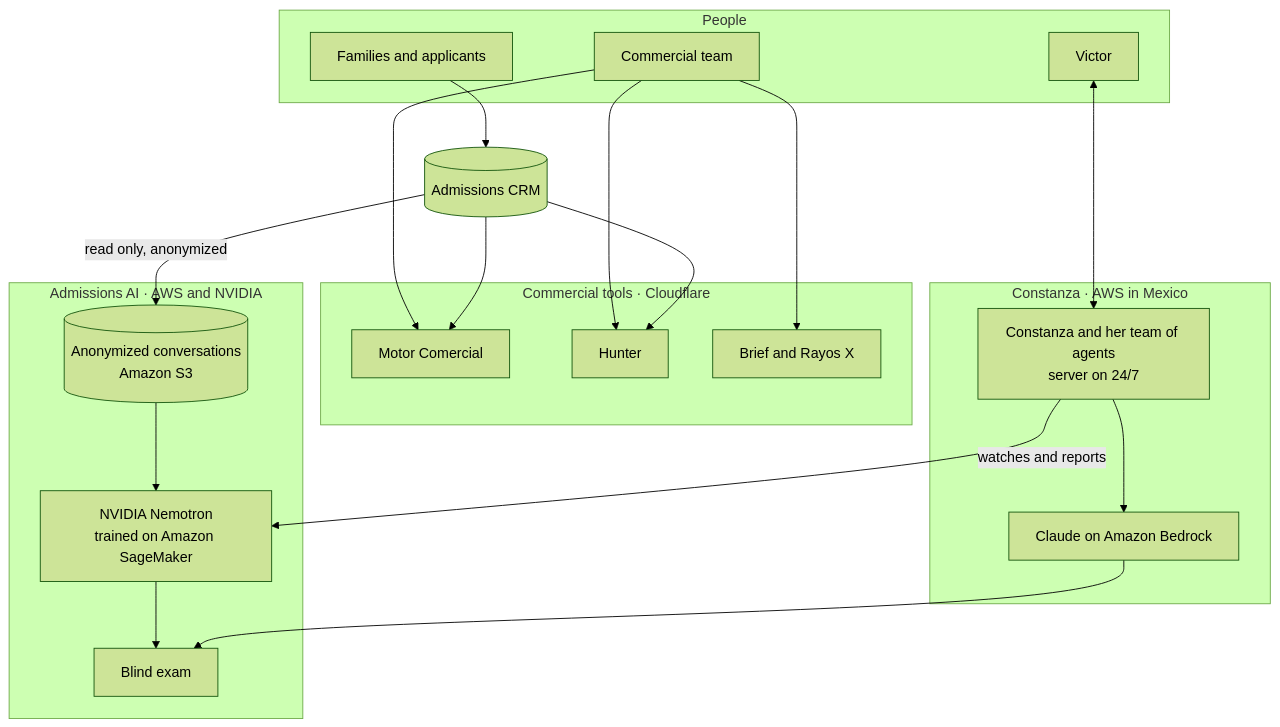
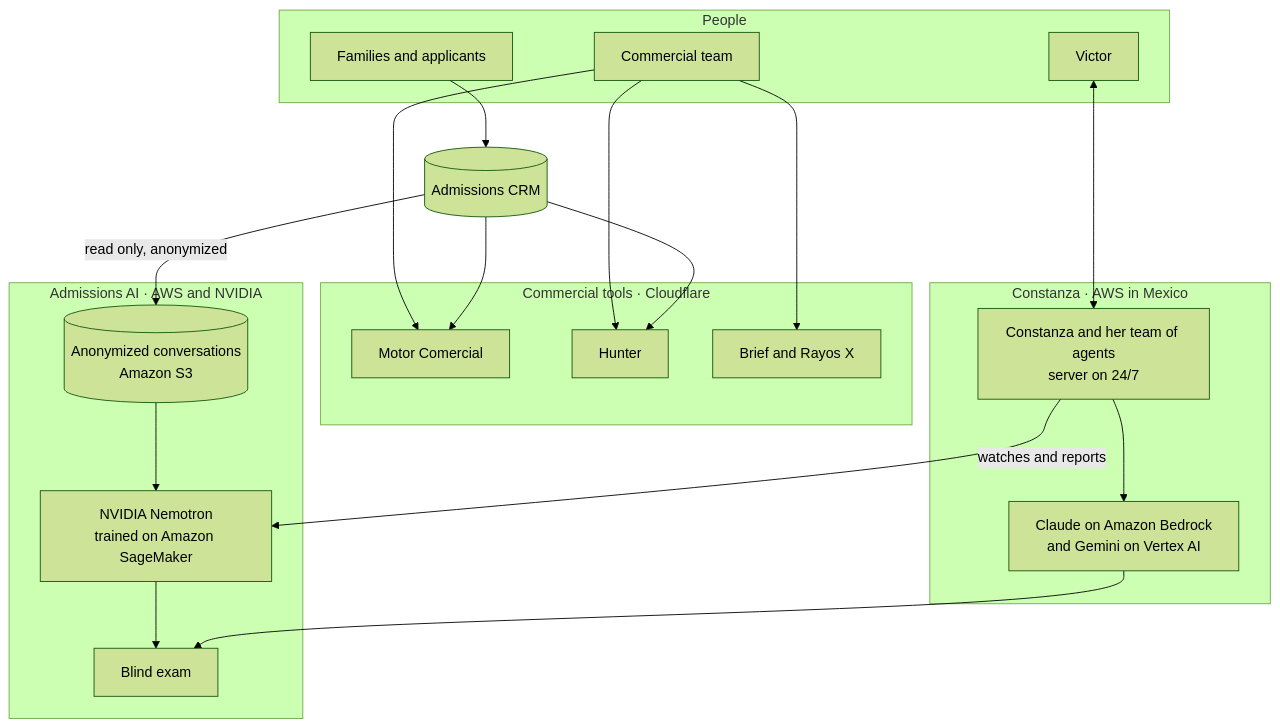
Before and after one commit to victorgalloo/victorgalloo: the second of 2 diagrams in README.en.md, drawn with Mermaid (forest theme). The commit also changed other lines of this file and 5 other files, not shown here.

````diff
--- a/README.en.md
+++ b/README.en.md
@@ -88,36 +88,36 @@
 ```mermaid
 flowchart TB
   subgraph People
     F[Families and applicants]
     E[Commercial team]
     V[Victor]
   end
   subgraph Products[Commercial tools · Cloudflare]
     M[Motor Comercial]
     H[Hunter]
     B[Brief and Rayos X]
   end
   subgraph Operations[Constanza · AWS in Mexico]
     C[Constanza and her team of agents<br/>server on 24/7]
-    BR[Claude on Amazon Bedrock]
+    BR[Claude on Amazon Bedrock<br/>and Gemini on Vertex AI]
   end
   subgraph Lab[Admissions AI · AWS and NVIDIA]
     D[(Anonymized conversations<br/>Amazon S3)]
     N[NVIDIA Nemotron<br/>trained on Amazon SageMaker]
     X[Blind exam]
   end
   CRM[(Admissions CRM)]
   F --> CRM
   E --> M
   E --> H
   E --> B
   CRM --> M
   CRM --> H
   V <--> C
   C --> BR
   C -->|watches and reports| N
   CRM -->|read only, anonymized| D
   D --> N
   N --> X
   BR --> X
 ```
````
